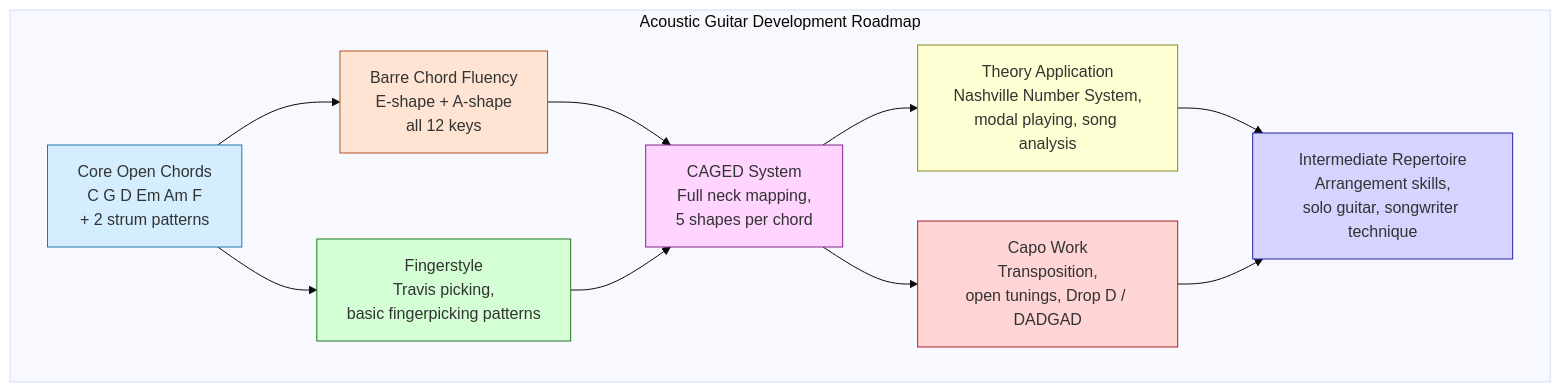
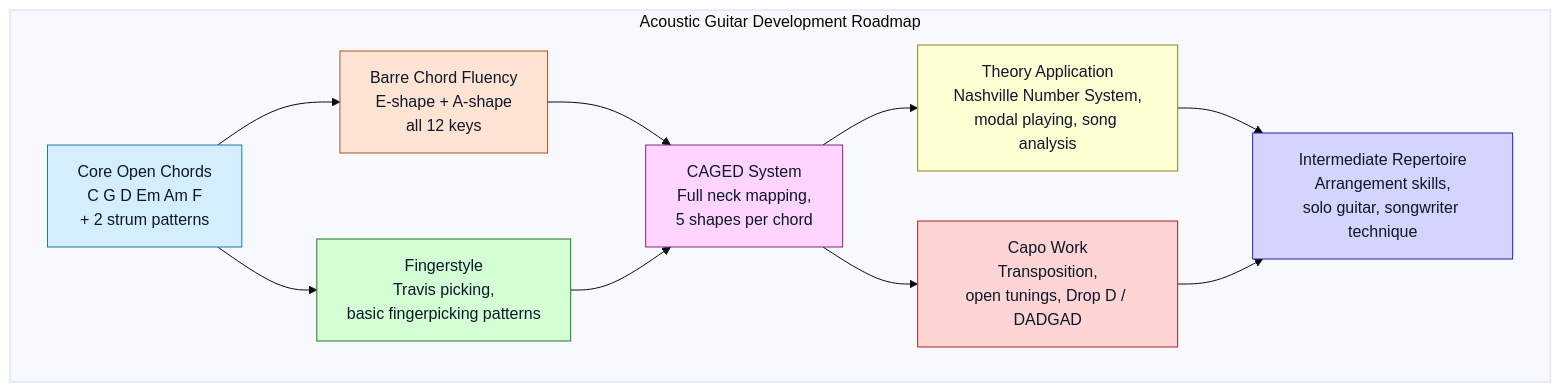
The eighth of 8 diagrams in topics/arts/music_performance/acoustic_guitar/lesson_02_chords_and_strumming.md (blebleblee/synapse), drawn with Mermaid (base theme) before and after one commit. The commit also changed other lines of this file and 1464 other files, not shown here.

Commit message:
feat(release): curriculum vector mermaid upgrade, render hardening, and master synpack

````diff
--- a/topics/arts/music_performance/acoustic_guitar/lesson_02_chords_and_strumming.md
+++ b/topics/arts/music_performance/acoustic_guitar/lesson_02_chords_and_strumming.md
@@ -634,21 +648,21 @@
 ```mermaid
 graph TD
     subgraph sub_roadmap ["Acoustic Guitar Development Roadmap"]
         A["Core Open Chords<br/>C G D Em Am F<br/>+ 2 strum patterns"] --> B["Barre Chord Fluency<br/>E-shape + A-shape<br/>all 12 keys"]
         A --> C["Fingerstyle<br/>Travis picking,<br/>basic fingerpicking patterns"]
         B --> D["CAGED System<br/>Full neck mapping,<br/>5 shapes per chord"]
         C --> D
         D --> E["Theory Application<br/>Nashville Number System,<br/>modal playing, song analysis"]
         D --> F["Capo Work<br/>Transposition,<br/>open tunings, Drop D / DADGAD"]
         E --> G["Intermediate Repertoire<br/>Arrangement skills,<br/>solo guitar, songwriter technique"]
         F --> G
     end
 
-    style A fill:#d4eeff,stroke:#2277aa
-    style B fill:#ffe4d4,stroke:#aa5522
-    style C fill:#d4ffd4,stroke:#227722
-    style D fill:#ffd4ff,stroke:#882288
-    style E fill:#ffffd4,stroke:#888822
-    style F fill:#ffd4d4,stroke:#aa2222
-    style G fill:#d4d4ff,stroke:#2222aa
+    style A fill:#d4eeff,stroke:#2277aa,color:#0f172a
+    style B fill:#ffe4d4,stroke:#aa5522,color:#0f172a
+    style C fill:#d4ffd4,stroke:#227722,color:#0f172a
+    style D fill:#ffd4ff,stroke:#882288,color:#0f172a
+    style E fill:#ffffd4,stroke:#888822,color:#0f172a
+    style F fill:#ffd4d4,stroke:#aa2222,color:#0f172a
+    style G fill:#d4d4ff,stroke:#2222aa,color:#0f172a
 ```
````
